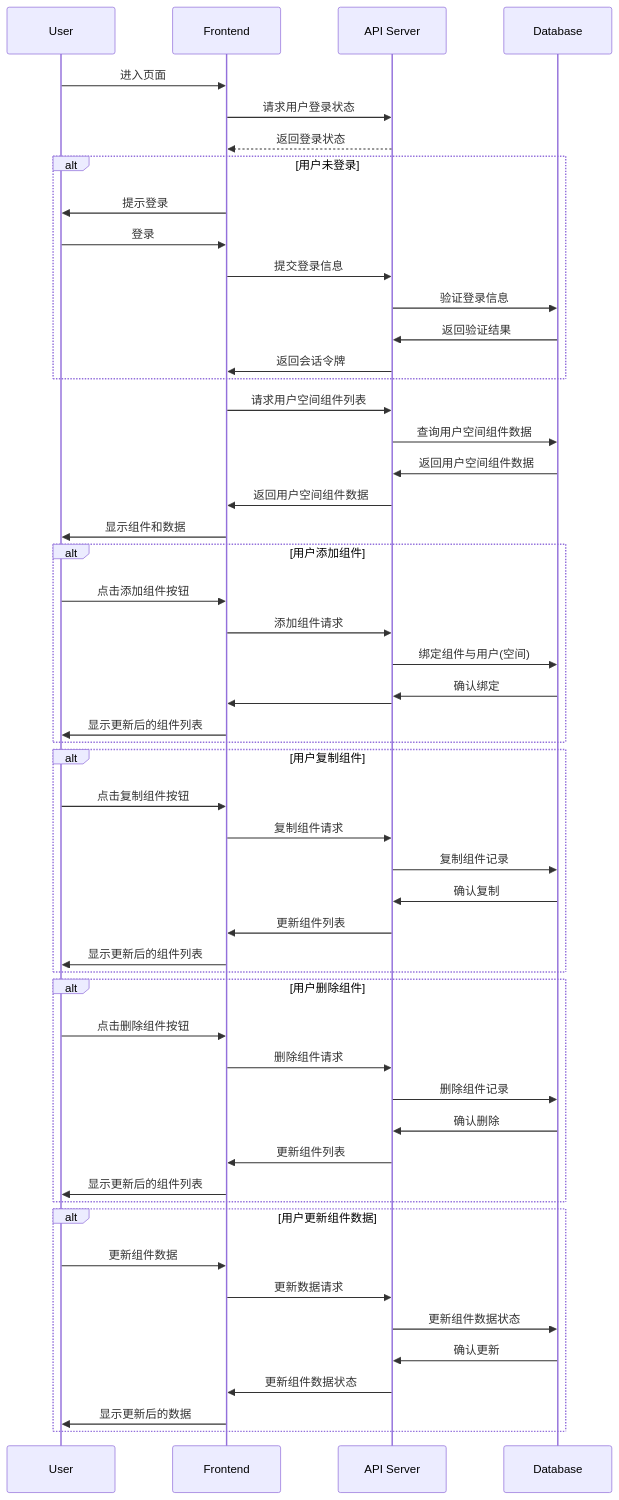
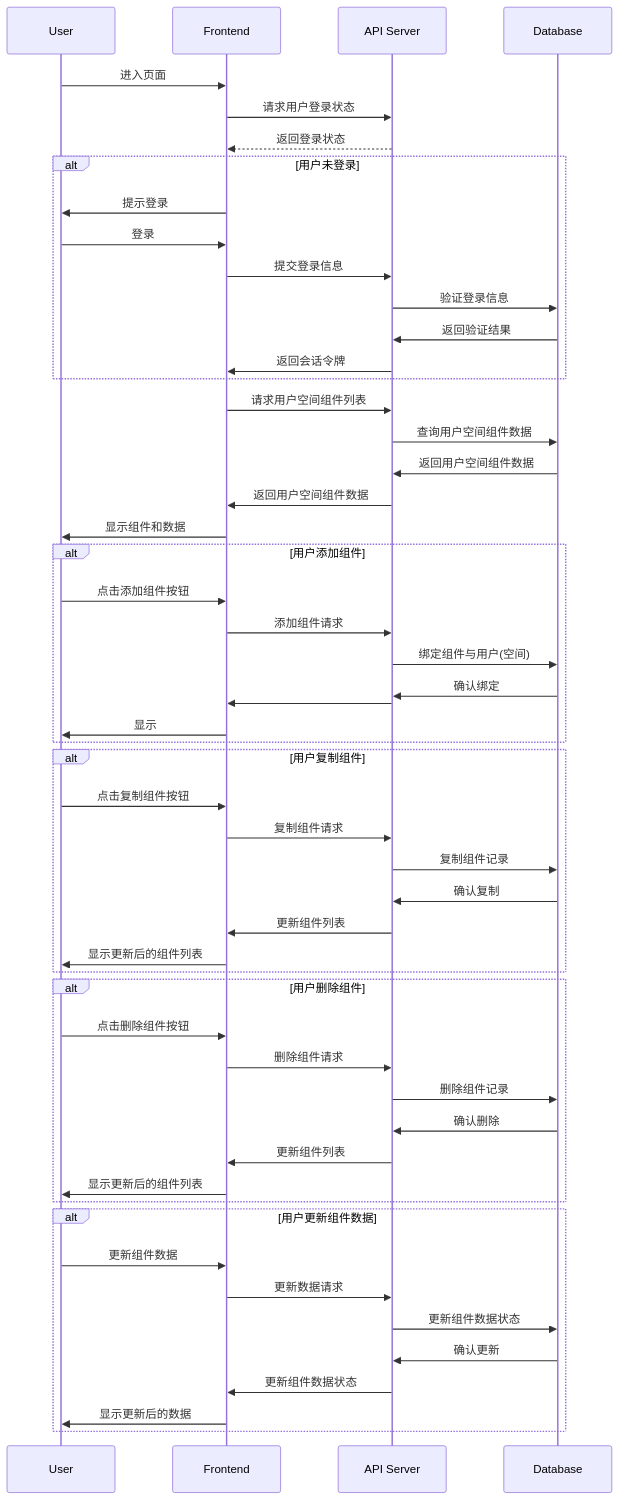
One commit to yingjianzh/iodraw-files changed the diagram in all/未命名-7.md. Above: the diagram before and after it, drawn with Mermaid.

Commit message:
2024-10-09 10:22:47 update

````diff
--- a/all/未命名-7.md
+++ b/all/未命名-7.md
@@ -1,62 +1,62 @@
 ```mermaid
 sequenceDiagram
     participant User
     participant Frontend
     participant API Server
     participant Database
 
     User->>Frontend: 进入页面
     Frontend->>API Server: 请求用户登录状态
     API Server-->>Frontend: 返回登录状态
     alt 用户未登录
         Frontend->>User: 提示登录
         User->>Frontend: 登录
         Frontend->>API Server: 提交登录信息
         API Server->>Database: 验证登录信息
         Database->>API Server: 返回验证结果
         API Server->>Frontend: 返回会话令牌
     end
 
     Frontend->>API Server: 请求用户空间组件列表
     API Server->>Database: 查询用户空间组件数据
     Database->>API Server: 返回用户空间组件数据
     API Server->>Frontend: 返回用户空间组件数据
     Frontend->>User: 显示组件和数据
 
     alt 用户添加组件
         User->>Frontend: 点击添加组件按钮
         Frontend->>API Server: 添加组件请求
         API Server->>Database: 绑定组件与用户(空间)
         Database->>API Server: 确认绑定
         API Server->>Frontend: 
-        Frontend->>User: 显示更新后的组件列表
+        Frontend->>User: 显示
     end
 
     alt 用户复制组件
         User->>Frontend: 点击复制组件按钮
         Frontend->>API Server: 复制组件请求
         API Server->>Database: 复制组件记录
         Database->>API Server: 确认复制
         API Server->>Frontend: 更新组件列表
         Frontend->>User: 显示更新后的组件列表
     end
 
     alt 用户删除组件
         User->>Frontend: 点击删除组件按钮
         Frontend->>API Server: 删除组件请求
         API Server->>Database: 删除组件记录
         Database->>API Server: 确认删除
         API Server->>Frontend: 更新组件列表
         Frontend->>User: 显示更新后的组件列表
     end
 
     alt 用户更新组件数据
         User->>Frontend: 更新组件数据
         Frontend->>API Server: 更新数据请求
         API Server->>Database: 更新组件数据状态
         Database->>API Server: 确认更新
         API Server->>Frontend: 更新组件数据状态
         Frontend->>User: 显示更新后的数据
     end
 
 ```
````
